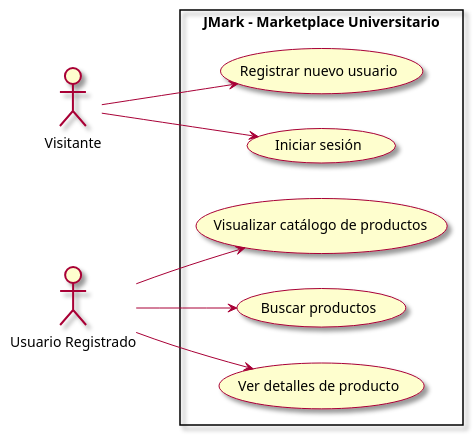
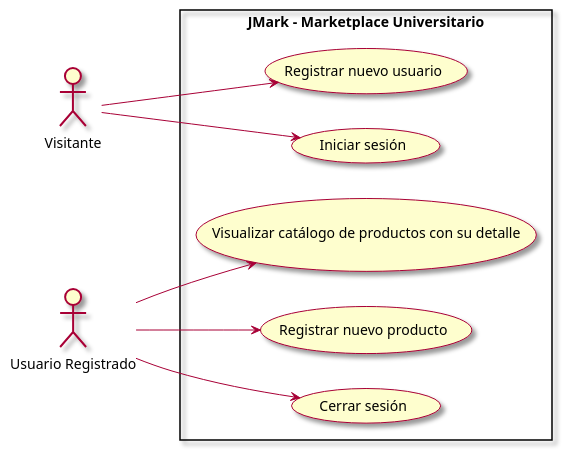
One commit to 2005-jjbs/Proyecto_Final_Fundamentos changed the diagram in docs/casos-de-uso.md. Above: the diagram before and after it, drawn with PlantUML. The commit also changed 2 other files, not shown here.

Commit message:
agregamos pantalla de registro junto con boton de registro en vista de login

````diff
--- a/docs/casos-de-uso.md
+++ b/docs/casos-de-uso.md
@@ -5,20 +5,19 @@
 ```plantuml
 @startuml
 left to right direction
 skin rose
 
 actor Visitante
 actor "Usuario Registrado" as Usuario
 
 rectangle "JMark - Marketplace Universitario" {
 
     Visitante --> (Registrar nuevo usuario)
     Visitante --> (Iniciar sesión)
     
-    Usuario --> (Visualizar catálogo de productos)
-    Usuario --> (Buscar productos)
-    Usuario --> (Ver detalles de producto)
-
+    Usuario --> (Visualizar catálogo de productos con su detalle)
+    Usuario --> (Registrar nuevo producto)
+    Usuario --> (Cerrar sesión)
 }
 @enduml
 ```
````
